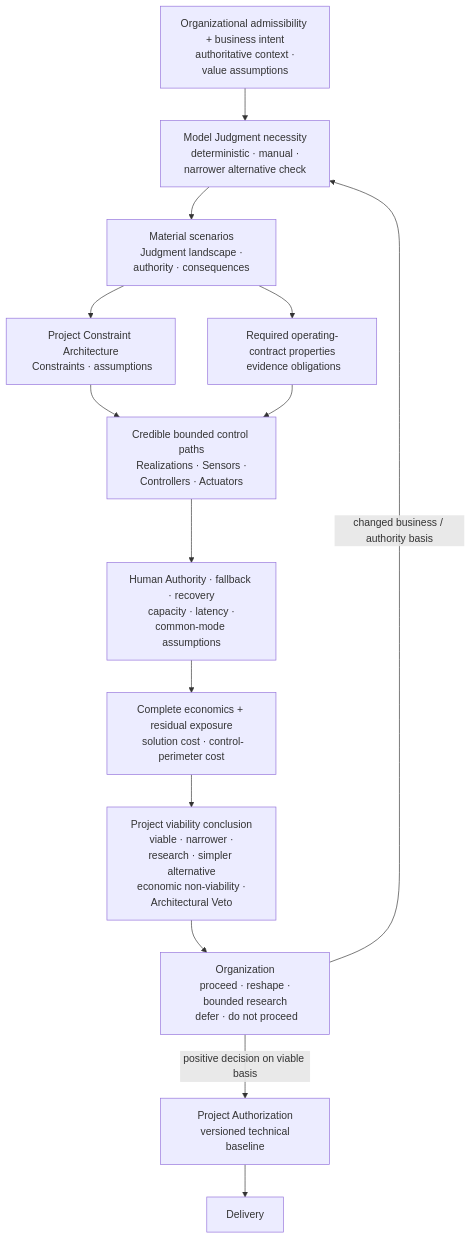
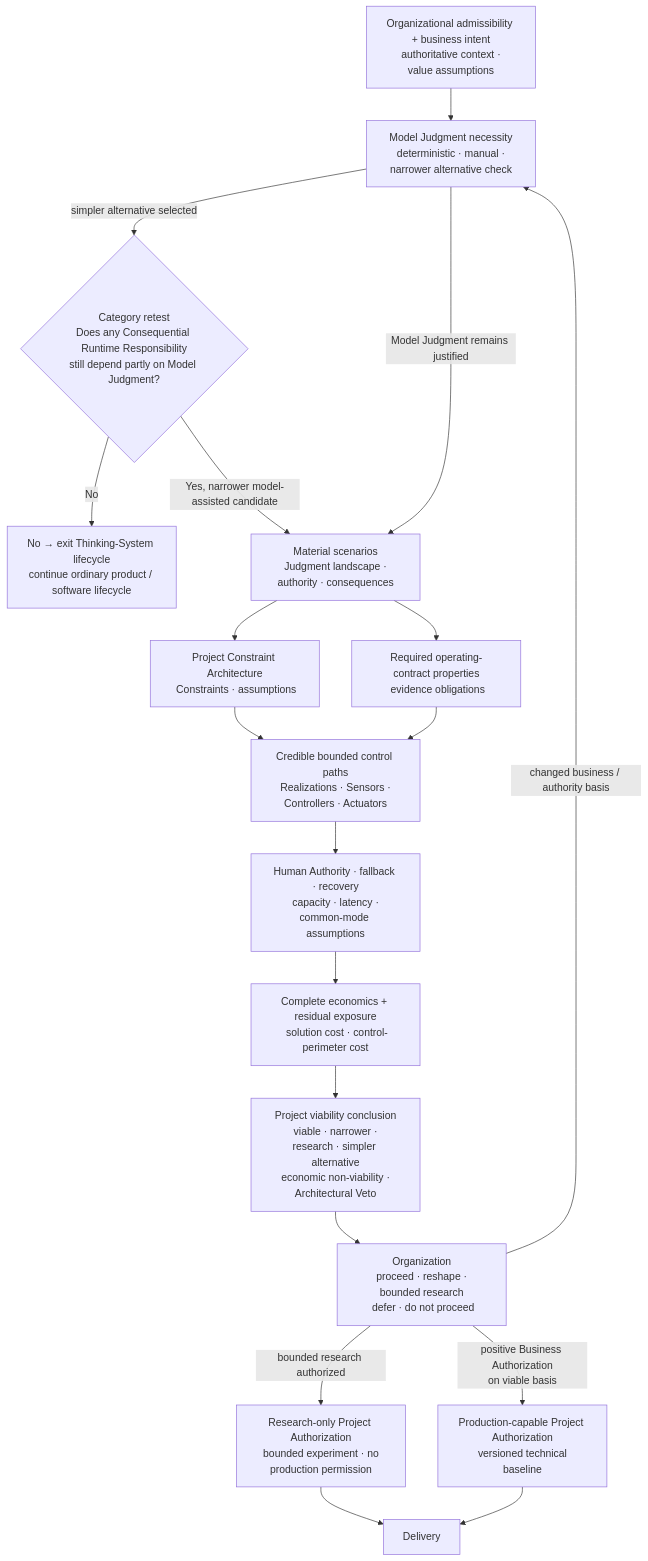
Diagram 11 of 15 in content/research/notes/open-engineering-specification-article-draft.md (UncertaintyArchitectureGroup/uncertainty-architecture), drawn with Mermaid before and after one commit. The commit also changed other lines of this file, not shown here.

Commit message:
docs(article): close section 4 lifecycle paths

````diff
--- a/content/research/notes/open-engineering-specification-article-draft.md
+++ b/content/research/notes/open-engineering-specification-article-draft.md
@@ -685,23 +697,31 @@
 ```mermaid
 flowchart TB
     ORG["Organizational admissibility + business intent<br/> authoritative context · value assumptions"]
     NEED["Model Judgment necessity<br/> deterministic · manual · narrower alternative check"]
+    CAT{"Category retest<br/>Does any Consequential Runtime Responsibility<br/>still depend partly on Model Judgment?"}
+    EXIT["No → exit Thinking-System lifecycle<br/>continue ordinary product / software lifecycle"]
     RISK["Material scenarios<br/> Judgment landscape · authority · consequences"]
     K["Project Constraint Architecture<br/> Constraints · assumptions"]
     PROP["Required operating-contract properties<br/> evidence obligations"]
     PATH["Credible bounded control paths<br/> Realizations · Sensors · Controllers · Actuators"]
     HUMAN["Human Authority · fallback · recovery<br/> capacity · latency · common-mode assumptions"]
     ECON["Complete economics + residual exposure<br/> solution cost · control-perimeter cost"]
     V["Project viability conclusion<br/> viable · narrower · research · simpler alternative<br/> economic non-viability · Architectural Veto"]
     OD["Organization<br/> proceed · reshape · bounded research<br/> defer · do not proceed"]
-    PA["Project Authorization<br/> versioned technical baseline"]
+    PRA["Research-only Project Authorization<br/> bounded experiment · no production permission"]
+    PPA["Production-capable Project Authorization<br/> versioned technical baseline"]
     D["Delivery"]
 
-    ORG --> NEED --> RISK
+    ORG --> NEED
+    NEED -->|simpler alternative selected| CAT
+    CAT -->|No| EXIT
+    CAT -->|Yes, narrower model-assisted candidate| RISK
+    NEED -->|Model Judgment remains justified| RISK
     RISK --> K --> PATH
     RISK --> PROP --> PATH
     PATH --> HUMAN --> ECON --> V
     V --> OD
     OD -->|changed business / authority basis| NEED
-    OD -->|positive decision on viable basis| PA --> D
+    OD -->|bounded research authorized| PRA --> D
+    OD -->|positive Business Authorization<br/>on viable basis| PPA --> D
 ```
````
